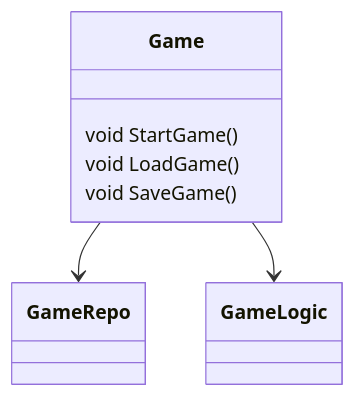
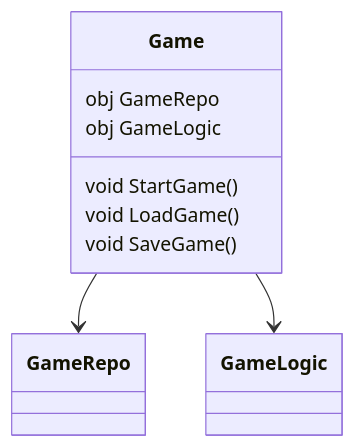
One commit to chickensoft-games/chickensoft_site changed the first of 2 diagrams in content/blog/visualizing-complexity.mdx. Above: the diagram before and after it, drawn with Mermaid. The commit also changed other lines of this file and 1 other file, not shown here.

````diff
--- a/content/blog/visualizing-complexity.mdx
+++ b/content/blog/visualizing-complexity.mdx
@@ -47,22 +51,24 @@
 ```mermaid
 classDiagram
 
   Game --> GameRepo
   Game --> GameLogic
 
   class Game {
-      void StartGame()
-      void LoadGame()
-      void SaveGame()
+    obj GameRepo
+    obj GameLogic
+    void StartGame()
+    void LoadGame()
+    void SaveGame()
   }
 
   class GameRepo {
 
   }
 
   class GameLogic {
 
   }
 
 
 ```
````
